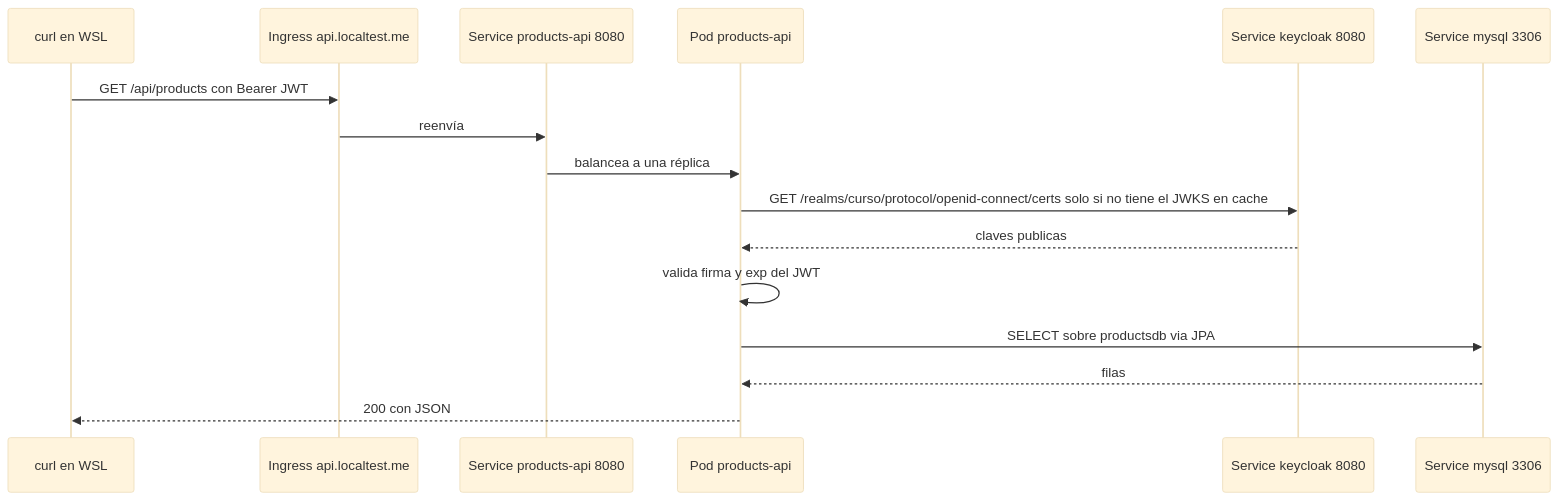
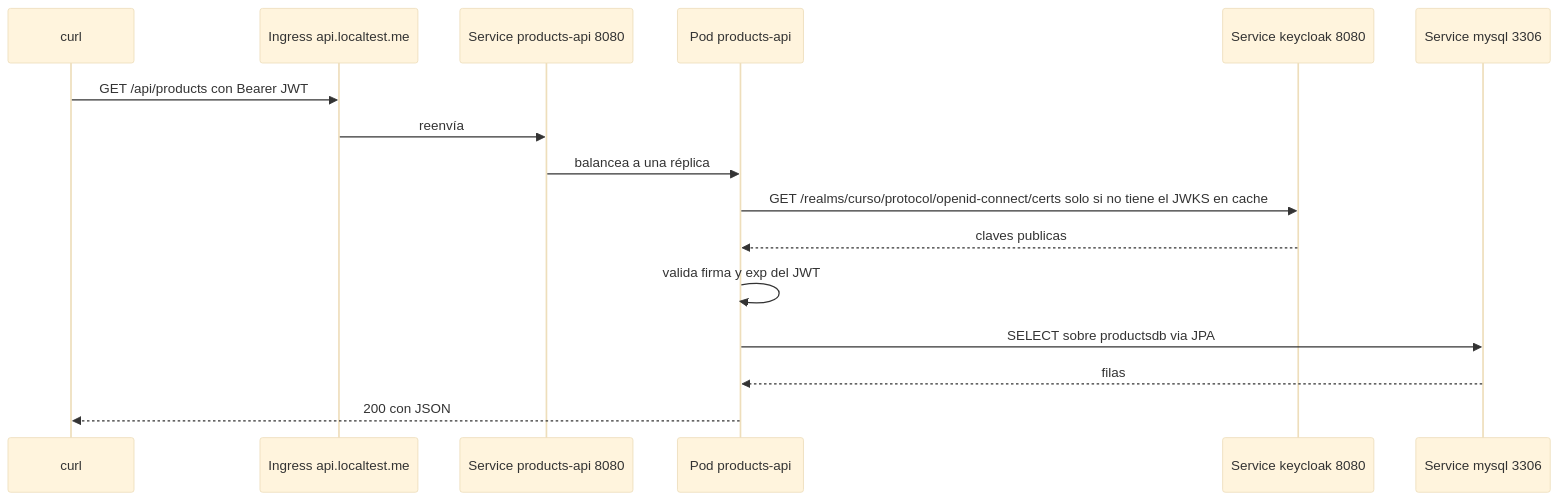
One commit to devbryan02/k8s-curso-practico changed the second of 2 diagrams in 09-microservicio-spring/README.md. Above: the diagram before and after it, drawn with Mermaid (base theme). The commit also changed other lines of this file and 17 other files, not shown here.

````diff
--- a/09-microservicio-spring/README.md
+++ b/09-microservicio-spring/README.md
@@ -67,18 +67,18 @@
 ```mermaid
 sequenceDiagram
-    participant C as curl en WSL
+    participant C as curl
     participant I as Ingress api.localtest.me
     participant S as Service products-api 8080
     participant P as Pod products-api
     participant K as Service keycloak 8080
     participant M as Service mysql 3306
     C->>I: GET /api/products con Bearer JWT
     I->>S: reenvía
     S->>P: balancea a una réplica
     P->>K: GET /realms/curso/protocol/openid-connect/certs solo si no tiene el JWKS en cache
     K-->>P: claves publicas
     P->>P: valida firma y exp del JWT
     P->>M: SELECT sobre productsdb via JPA
     M-->>P: filas
     P-->>C: 200 con JSON
 ```
````
